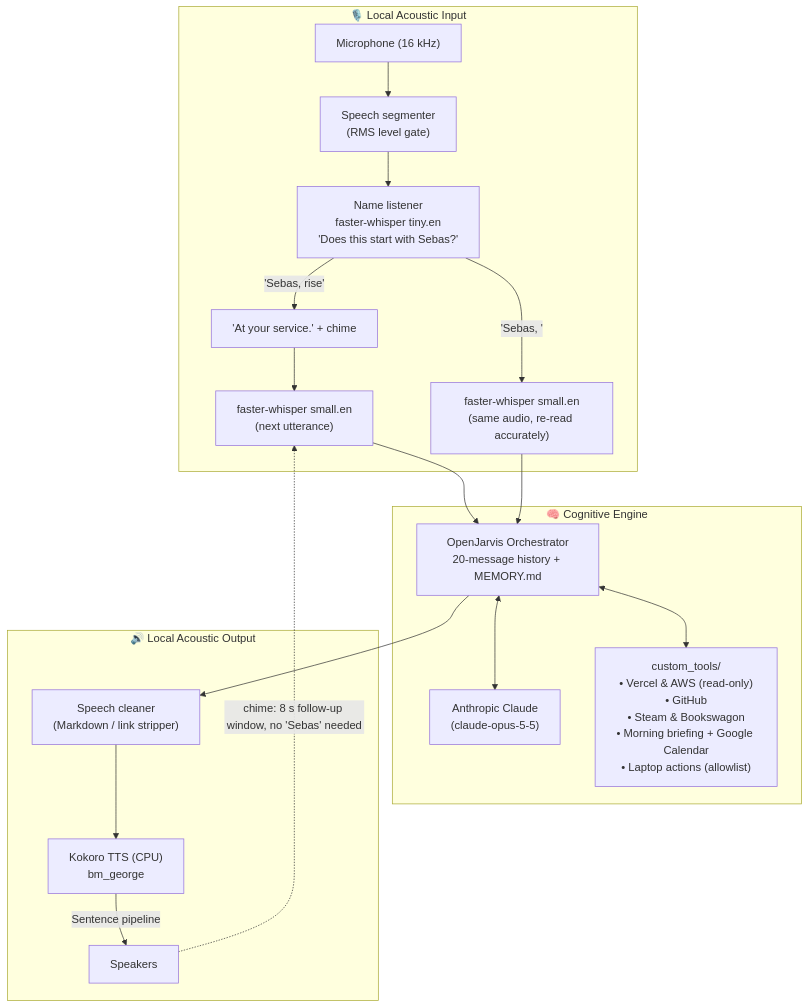
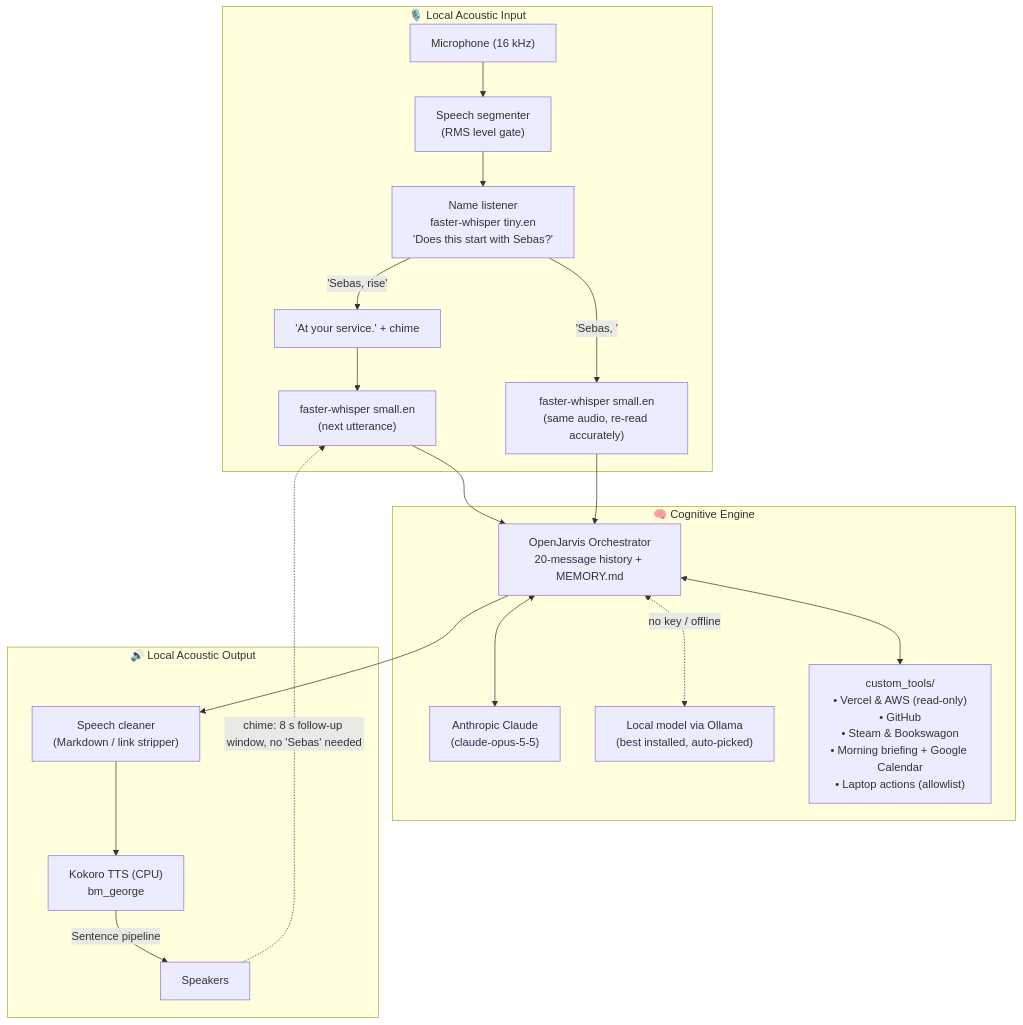
Before and after one commit to krishivvyas/SEBAS: the diagram in README.md, drawn with Mermaid. The commit also changed other lines of this file and 4 other files, not shown here.

Commit message:
feat: add local Ollama model fallback and offline support

````diff
--- a/README.md
+++ b/README.md
@@ -19,24 +19,25 @@
 ```mermaid
 flowchart TD
     subgraph AudioInput["🎙️ Local Acoustic Input"]
         Mic["Microphone (16 kHz)"] --> Gate["Speech segmenter\n(RMS level gate)"]
         Gate --> Name["Name listener\nfaster-whisper tiny.en\n'Does this start with Sebas?'"]
         Name -- "'Sebas, rise'" --> Greet["'At your service.' + chime"] --> STT["faster-whisper small.en\n(next utterance)"]
         Name -- "'Sebas, <request>'" --> STT2["faster-whisper small.en\n(same audio, re-read accurately)"]
     end
 
     subgraph Intelligence["🧠 Cognitive Engine"]
         STT --> Brain["OpenJarvis Orchestrator\n20-message history + MEMORY.md"]
         STT2 --> Brain
         Brain <--> Claude["Anthropic Claude\n(claude-opus-5-5)"]
+        Brain <-. "no key / offline" .-> Local["Local model via Ollama\n(best installed, auto-picked)"]
         Brain <--> Tools["custom_tools/\n• Vercel & AWS (read-only)\n• GitHub\n• Steam & Bookswagon\n• Morning briefing + Google Calendar\n• Laptop actions (allowlist)"]
     end
 
     subgraph AudioOutput["🔊 Local Acoustic Output"]
         Brain --> TextFormatter["Speech cleaner\n(Markdown / link stripper)"]
         TextFormatter --> TTS["Kokoro TTS (CPU)\nbm_george"]
         TTS -- "Sentence pipeline" --> Speakers["Speakers"]
     end
 
     Speakers -. "chime: 8 s follow-up window, no 'Sebas' needed" .-> STT
 ```
````
